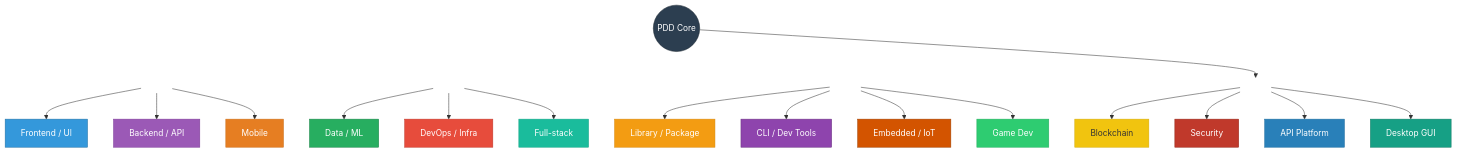
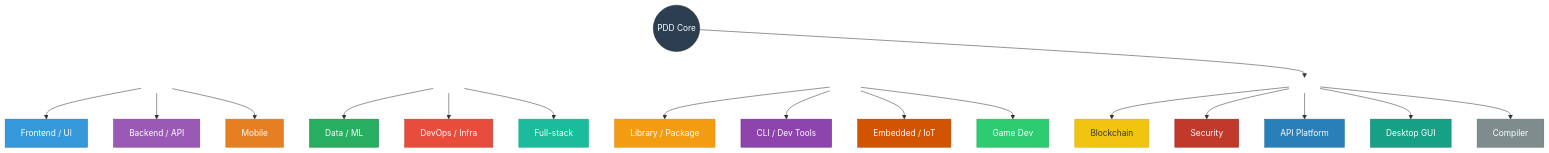
The third of 5 diagrams in docs/philosophy.md (harshal2802/pdd-skill), drawn with Mermaid before and after one commit. The commit also changed other lines of this file and 5 other files, not shown here.

````diff
--- a/docs/philosophy.md
+++ b/docs/philosophy.md
@@ -113,48 +113,50 @@
 ```mermaid
 graph TD
     PDD((PDD Core))
 
     PDD --> row1[ ] & row2[ ] & row3[ ] & row4[ ]
 
     row1 --> FE["Frontend / UI"]
     row1 --> BE["Backend / API"]
     row1 --> MO["Mobile"]
 
     row2 --> DA["Data / ML"]
     row2 --> DO["DevOps / Infra"]
     row2 --> FS["Full-stack"]
 
     row3 --> LB["Library / Package"]
     row3 --> CL["CLI / Dev Tools"]
     row3 --> EM["Embedded / IoT"]
     row3 --> GD["Game Dev"]
 
     row4 --> BC["Blockchain"]
     row4 --> SC["Security"]
     row4 --> AP["API Platform"]
     row4 --> DG["Desktop GUI"]
+    row4 --> CO["Compiler"]
 
     style row1 fill:none,stroke:none
     style row2 fill:none,stroke:none
     style row3 fill:none,stroke:none
     style row4 fill:none,stroke:none
     style PDD fill:#2c3e50,stroke:#1a252f,color:#fff
     style FE fill:#3498db,stroke:#2471a3,color:#fff
     style BE fill:#9b59b6,stroke:#7d3c98,color:#fff
     style MO fill:#e67e22,stroke:#ca6f1e,color:#fff
     style DA fill:#27ae60,stroke:#1e8449,color:#fff
     style DO fill:#e74c3c,stroke:#c0392b,color:#fff
     style FS fill:#1abc9c,stroke:#17a589,color:#fff
     style LB fill:#f39c12,stroke:#d68910,color:#fff
     style CL fill:#8e44ad,stroke:#6c3483,color:#fff
     style EM fill:#d35400,stroke:#a04000,color:#fff
     style GD fill:#2ecc71,stroke:#27ae60,color:#fff
     style BC fill:#f1c40f,stroke:#d4ac0d,color:#333
     style SC fill:#c0392b,stroke:#96281b,color:#fff
     style AP fill:#2980b9,stroke:#1f6da0,color:#fff
     style DG fill:#16a085,stroke:#0e7a63,color:#fff
+    style CO fill:#7f8c8d,stroke:#5d6d6e,color:#fff
 
     linkStyle 0 stroke:none
     linkStyle 1 stroke:none
     linkStyle 2 stroke:none
 ```
````
